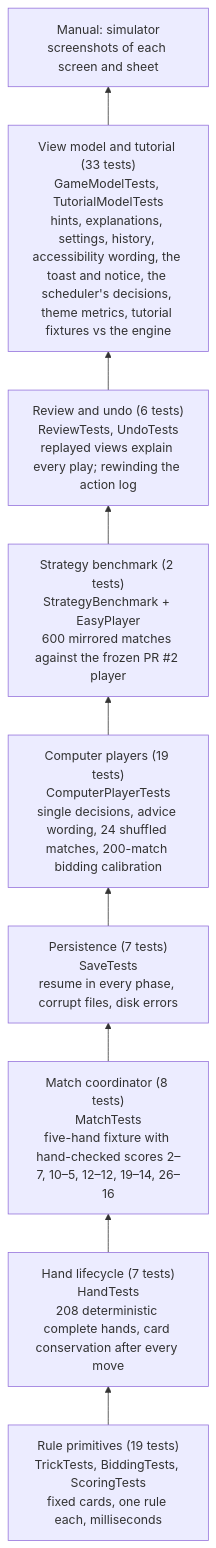
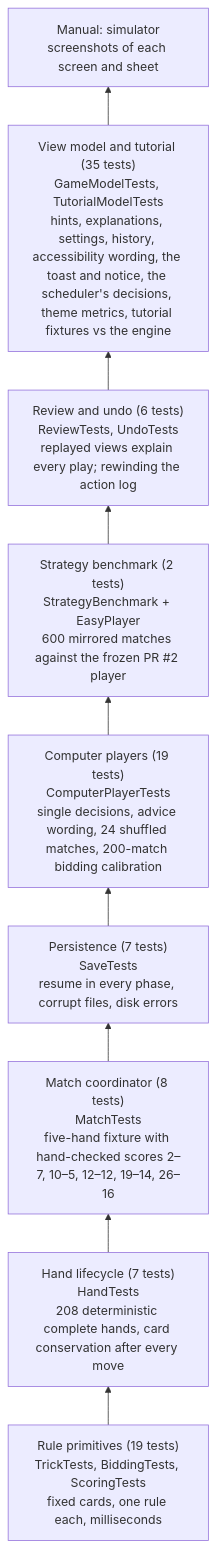
Before and after one commit to cmurphy1140/catch-5: the first of 2 diagrams in docs/testing.md, drawn with Mermaid. The commit also changed other lines of this file and 17 other files, not shown here.

````diff
--- a/docs/testing.md
+++ b/docs/testing.md
@@ -40,13 +40,13 @@
 ```mermaid
 flowchart BT
     L1["Rule primitives (19 tests)<br/>TrickTests, BiddingTests, ScoringTests<br/>fixed cards, one rule each, milliseconds"]
     L2["Hand lifecycle (7 tests)<br/>HandTests<br/>208 deterministic complete hands, card conservation after every move"]
     L3["Match coordinator (8 tests)<br/>MatchTests<br/>five-hand fixture with hand-checked scores 2–7, 10–5, 12–12, 19–14, 26–16"]
     L4["Persistence (7 tests)<br/>SaveTests<br/>resume in every phase, corrupt files, disk errors"]
     L5["Computer players (19 tests)<br/>ComputerPlayerTests<br/>single decisions, advice wording, 24 shuffled matches, 200-match bidding calibration"]
     L5b["Strategy benchmark (2 tests)<br/>StrategyBenchmark + EasyPlayer<br/>600 mirrored matches against the frozen PR #2 player"]
     L5c["Review and undo (6 tests)<br/>ReviewTests, UndoTests<br/>replayed views explain every play; rewinding the action log"]
-    L6["View model and tutorial (33 tests)<br/>GameModelTests, TutorialModelTests<br/>hints, explanations, settings, history, accessibility wording, the toast and notice, the scheduler's decisions, theme metrics, tutorial fixtures vs the engine"]
+    L6["View model and tutorial (35 tests)<br/>GameModelTests, TutorialModelTests<br/>hints, explanations, settings, history, accessibility wording, the toast and notice, the scheduler's decisions, theme metrics, tutorial fixtures vs the engine"]
     L7["Manual: simulator<br/>screenshots of each screen and sheet"]
     L1 --> L2 --> L3 --> L4 --> L5 --> L5b --> L5c --> L6 --> L7
 ```
````
